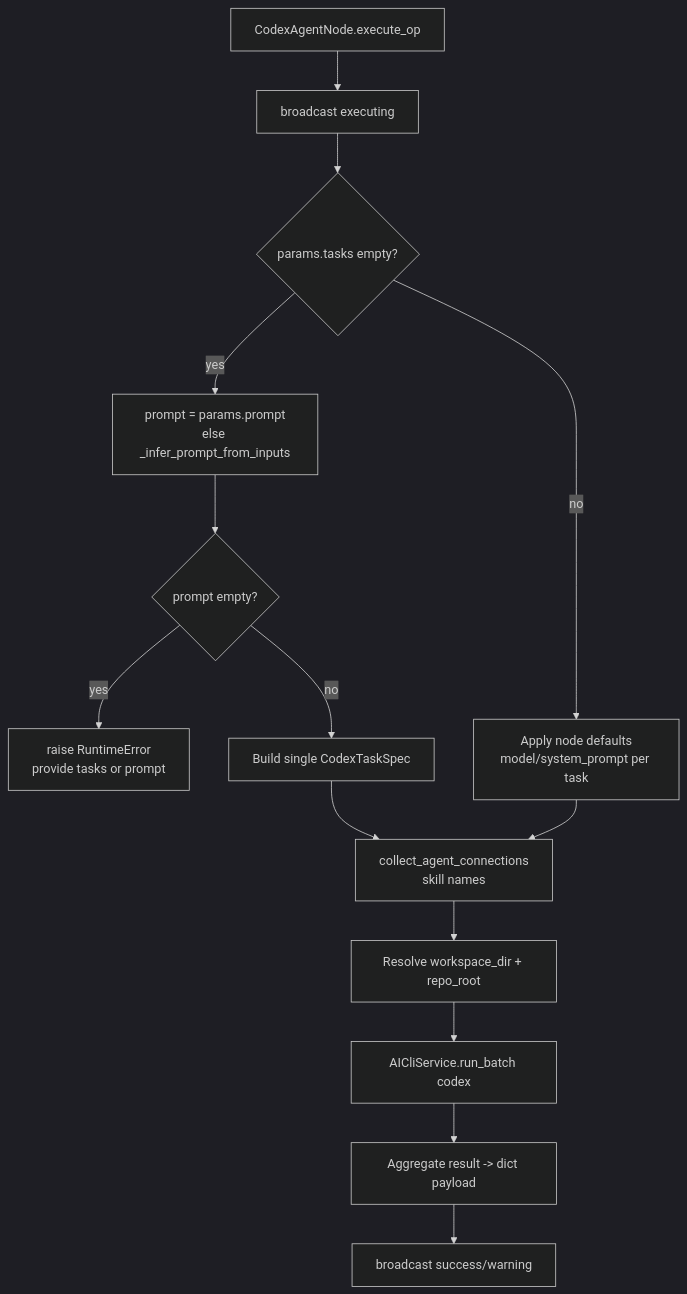
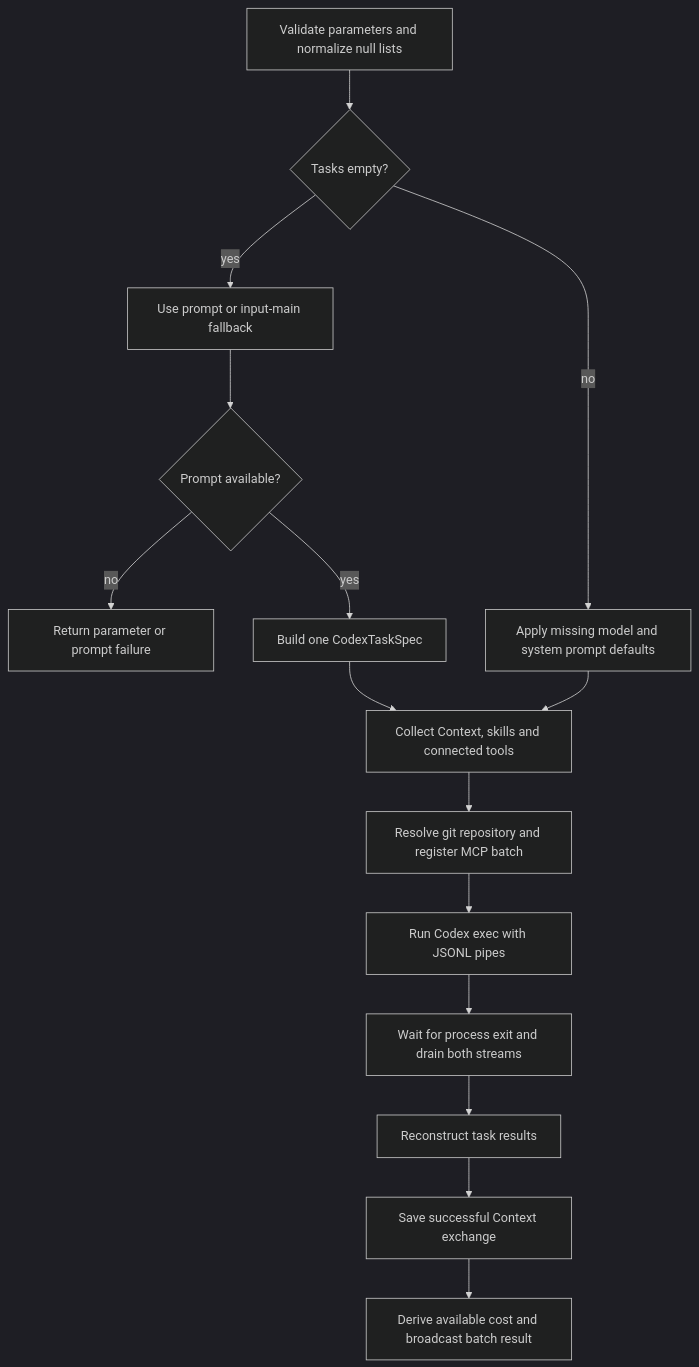
The diagram in docs-internal/node-logic-flows/specialized_agents/codex_agent.md (zeenie-ai/OpenCompany), drawn with Mermaid (dark theme) before and after one commit. The commit also changed other lines of this file and 16 other files, not shown here.

````diff
--- a/docs-internal/node-logic-flows/specialized_agents/codex_agent.md
+++ b/docs-internal/node-logic-flows/specialized_agents/codex_agent.md
@@ -82,16 +119,17 @@
 ```mermaid
 flowchart TD
-  A[CodexAgentNode.execute_op] --> B[broadcast executing]
-  B --> C{params.tasks empty?}
-  C -- yes --> D[prompt = params.prompt<br/>else _infer_prompt_from_inputs]
-  D --> E{prompt empty?}
-  E -- yes --> F[raise RuntimeError<br/>provide tasks or prompt]
-  E -- no --> G[Build single CodexTaskSpec]
-  C -- no --> H[Apply node defaults<br/>model/system_prompt per task]
-  G --> I[collect_agent_connections<br/>skill names]
-  H --> I
-  I --> J[Resolve workspace_dir + repo_root]
-  J --> K[AICliService.run_batch codex]
-  K --> L[Aggregate result -> dict payload]
-  L --> M[broadcast success/warning]
+  A[Validate parameters and normalize null lists] --> B{Tasks empty?}
+  B -- yes --> C[Use prompt or input-main fallback]
+  C --> D{Prompt available?}
+  D -- no --> E[Return parameter or prompt failure]
+  D -- yes --> F[Build one CodexTaskSpec]
+  B -- no --> G[Apply missing model and system prompt defaults]
+  F --> H[Collect Context, skills and connected tools]
+  G --> H
+  H --> I[Resolve git repository and register MCP batch]
+  I --> J[Run Codex exec with JSONL pipes]
+  J --> K[Wait for process exit and drain both streams]
+  K --> L[Reconstruct task results]
+  L --> M[Save successful Context exchange]
+  M --> N[Derive available cost and broadcast batch result]
 ```
````
